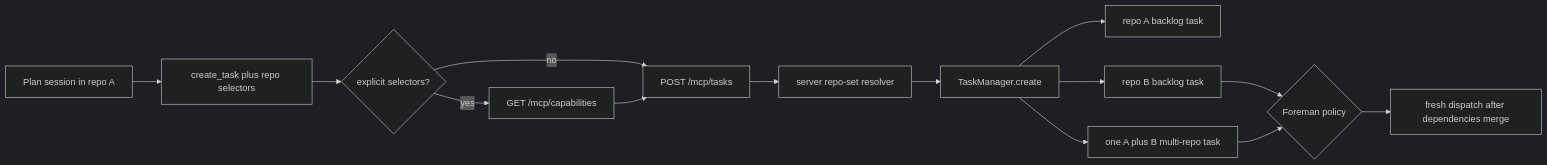
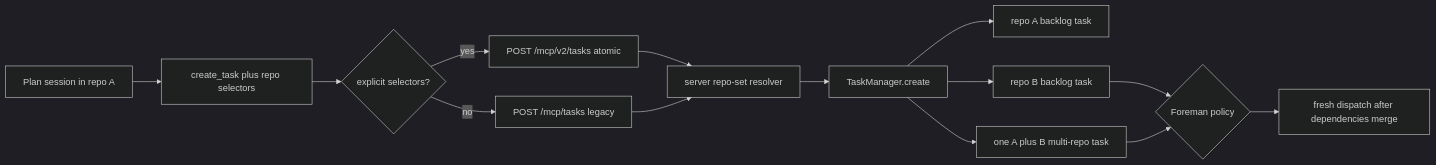
One commit to teamupstart/mission-control changed the second of 2 diagrams in docs/plans/cross-repository-task-spawning/plan.md. Above: the diagram before and after it, drawn with Mermaid (dark theme). The commit also changed other lines of this file and 4 other files, not shown here.

````diff
--- a/docs/plans/cross-repository-task-spawning/plan.md
+++ b/docs/plans/cross-repository-task-spawning/plan.md
@@ -189,16 +191,16 @@
 ```mermaid
 flowchart LR
   P[Plan session in repo A] --> C[create_task plus repo selectors]
   C --> Q{explicit selectors?}
-  Q -- no --> M[POST /mcp/tasks]
-  Q -- yes --> H[GET /mcp/capabilities]
-  H --> M
+  Q -- no --> M[POST /mcp/tasks legacy]
+  Q -- yes --> V[POST /mcp/v2/tasks atomic]
+  V --> R
   M --> R[server repo-set resolver]
   R --> T[TaskManager.create]
   T --> A[repo A backlog task]
   T --> B[repo B backlog task]
   T --> AB[one A plus B multi-repo task]
   B --> F{Foreman policy}
   AB --> F
   F --> D[fresh dispatch after dependencies merge]
 ```
````
